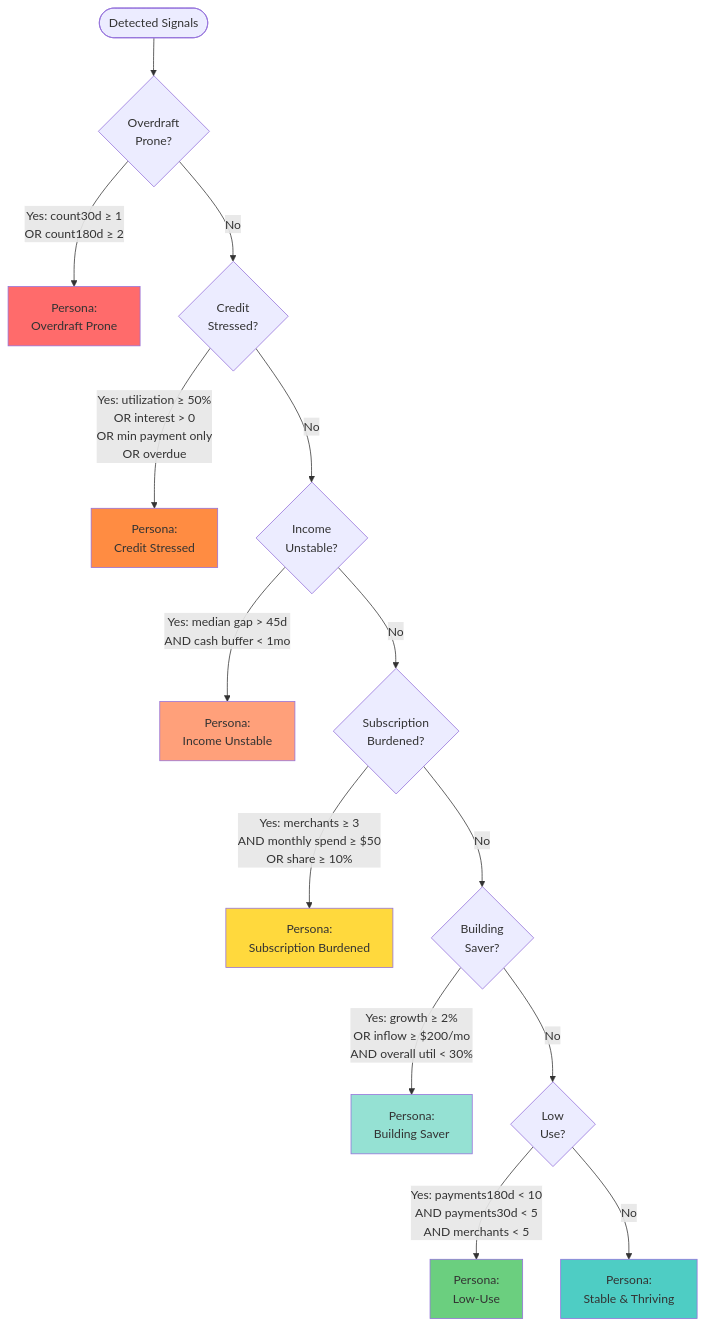
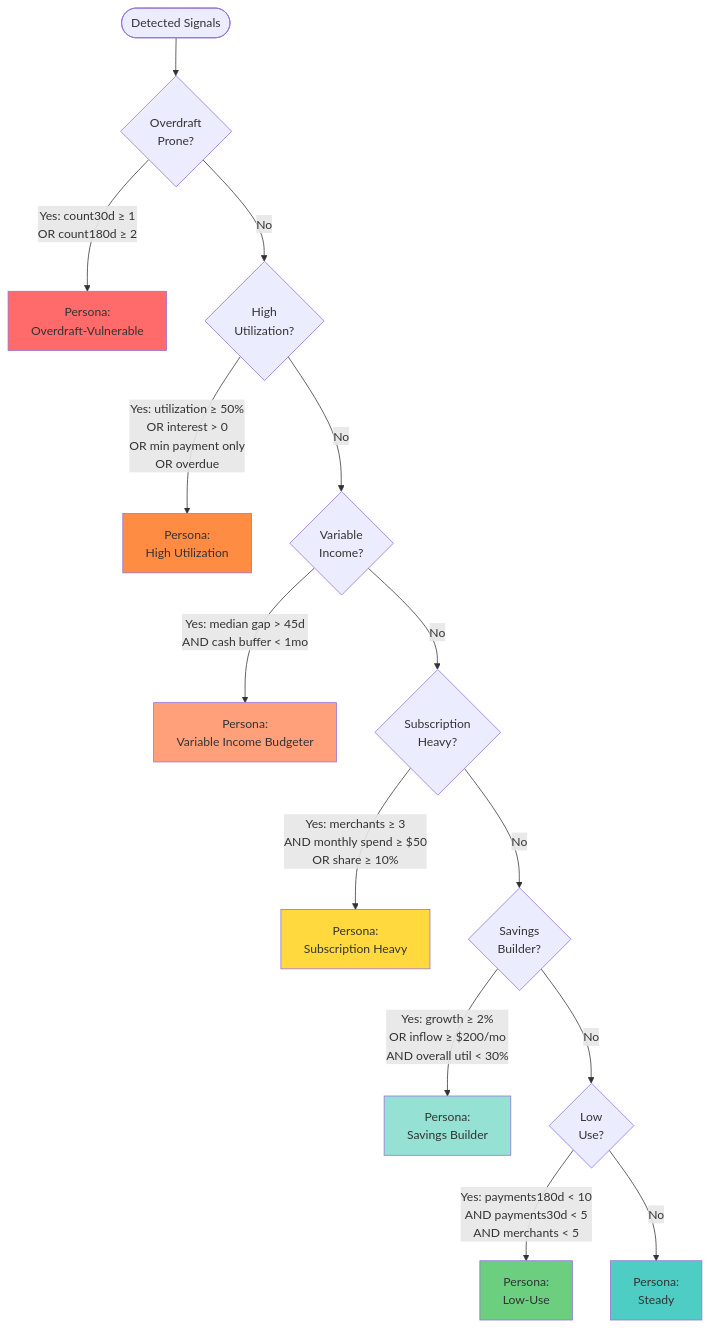
The diagram in docs/persona-assignment.md (NShumway/learn-cents), drawn with Mermaid before and after one commit. The commit also changed other lines of this file and 1 other file, not shown here.

First line of the commit message:
Update persona names to be less judgmental and more descriptive

````diff
--- a/docs/persona-assignment.md
+++ b/docs/persona-assignment.md
@@ -43,30 +43,30 @@
 ```mermaid
 flowchart TD
     Start([Detected Signals]) --> Overdraft{Overdraft<br/>Prone?}
 
-    Overdraft -->|Yes: count30d ≥ 1<br/>OR count180d ≥ 2| P1[Persona:<br/>Overdraft Prone]
-    Overdraft -->|No| Credit{Credit<br/>Stressed?}
+    Overdraft -->|Yes: count30d ≥ 1<br/>OR count180d ≥ 2| P1[Persona:<br/>Overdraft-Vulnerable]
+    Overdraft -->|No| Credit{High<br/>Utilization?}
 
-    Credit -->|Yes: utilization ≥ 50%<br/>OR interest > 0<br/>OR min payment only<br/>OR overdue| P2[Persona:<br/>Credit Stressed]
-    Credit -->|No| Income{Income<br/>Unstable?}
+    Credit -->|Yes: utilization ≥ 50%<br/>OR interest > 0<br/>OR min payment only<br/>OR overdue| P2[Persona:<br/>High Utilization]
+    Credit -->|No| Income{Variable<br/>Income?}
 
-    Income -->|Yes: median gap > 45d<br/>AND cash buffer < 1mo| P3[Persona:<br/>Income Unstable]
-    Income -->|No| Subscription{Subscription<br/>Burdened?}
+    Income -->|Yes: median gap > 45d<br/>AND cash buffer < 1mo| P3[Persona:<br/>Variable Income Budgeter]
+    Income -->|No| Subscription{Subscription<br/>Heavy?}
 
-    Subscription -->|Yes: merchants ≥ 3<br/>AND monthly spend ≥ $50<br/>OR share ≥ 10%| P4[Persona:<br/>Subscription Burdened]
-    Subscription -->|No| Saver{Building<br/>Saver?}
+    Subscription -->|Yes: merchants ≥ 3<br/>AND monthly spend ≥ $50<br/>OR share ≥ 10%| P4[Persona:<br/>Subscription Heavy]
+    Subscription -->|No| Saver{Savings<br/>Builder?}
 
-    Saver -->|Yes: growth ≥ 2%<br/>OR inflow ≥ $200/mo<br/>AND overall util < 30%| P5[Persona:<br/>Building Saver]
+    Saver -->|Yes: growth ≥ 2%<br/>OR inflow ≥ $200/mo<br/>AND overall util < 30%| P5[Persona:<br/>Savings Builder]
     Saver -->|No| LowUse{Low<br/>Use?}
 
     LowUse -->|Yes: payments180d < 10<br/>AND payments30d < 5<br/>AND merchants < 5| P6[Persona:<br/>Low-Use]
-    LowUse -->|No| P7[Persona:<br/>Stable & Thriving]
+    LowUse -->|No| P7[Persona:<br/>Steady]
 
     style P1 fill:#ff6b6b
     style P2 fill:#ff8c42
     style P3 fill:#ffa07a
     style P4 fill:#ffd93d
     style P5 fill:#95e1d3
     style P6 fill:#6bcf7f
     style P7 fill:#4ecdc4
 ```
````
